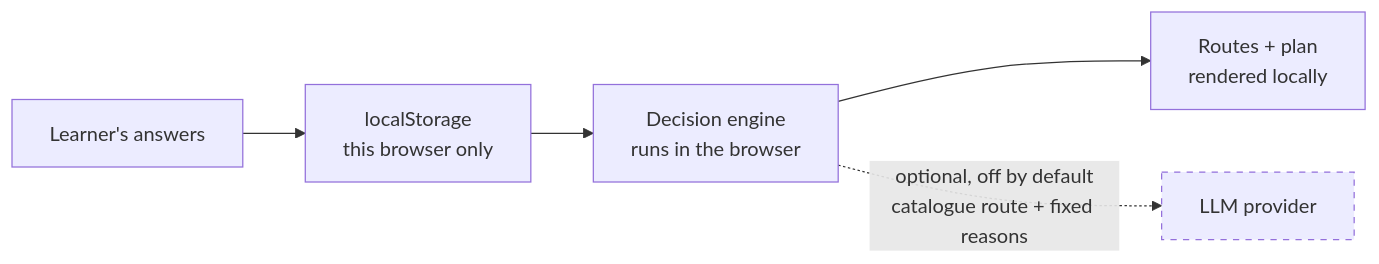
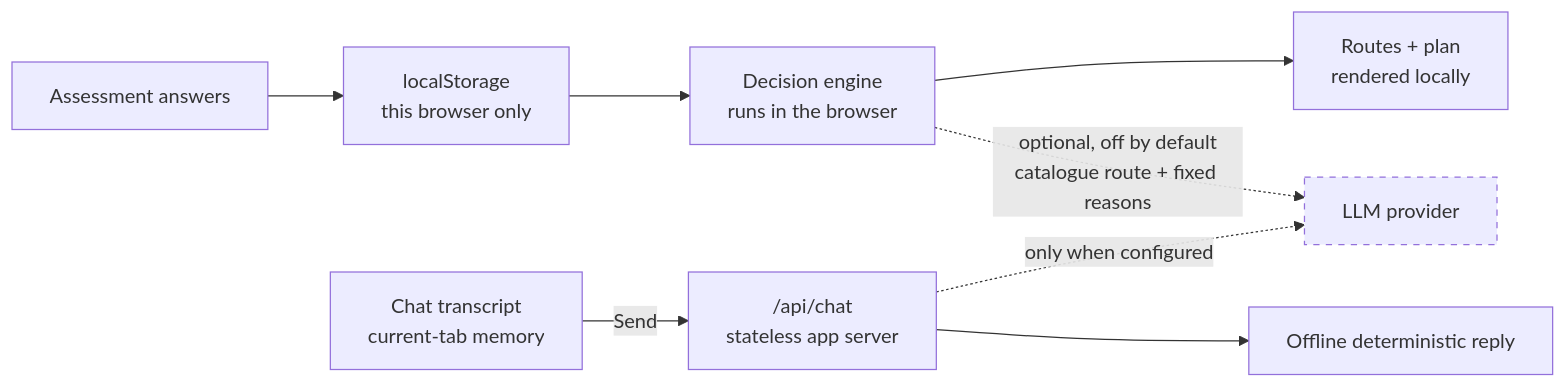
One commit to Pongkarm/Future_Me changed the diagram in 03_WebApp/Pre_Present/docs/08-privacy-and-data.md. Above: the diagram before and after it, drawn with Mermaid. The commit also changed other lines of this file and 260 other files, not shown here.

First line of the commit message:
chore: sync 03_WebApp with the current main

````diff
--- a/03_WebApp/Pre_Present/docs/08-privacy-and-data.md
+++ b/03_WebApp/Pre_Present/docs/08-privacy-and-data.md
@@ -98,9 +131,12 @@
 ```mermaid
 flowchart LR
-    A["Learner's answers"] --> B["localStorage<br/>this browser only"]
+    A["Assessment answers"] --> B["localStorage<br/>this browser only"]
     B --> C["Decision engine<br/>runs in the browser"]
     C --> D["Routes + plan<br/>rendered locally"]
     C -.->|"optional, off by default<br/>catalogue route + fixed reasons"| E["LLM provider"]
+    F["Chat transcript<br/>current-tab memory"] -->|"Send"| G["/api/chat<br/>stateless app server"]
+    G --> H["Offline deterministic reply"]
+    G -.->|"only when configured"| E
 
     style E stroke-dasharray: 5 5
 ```
````
